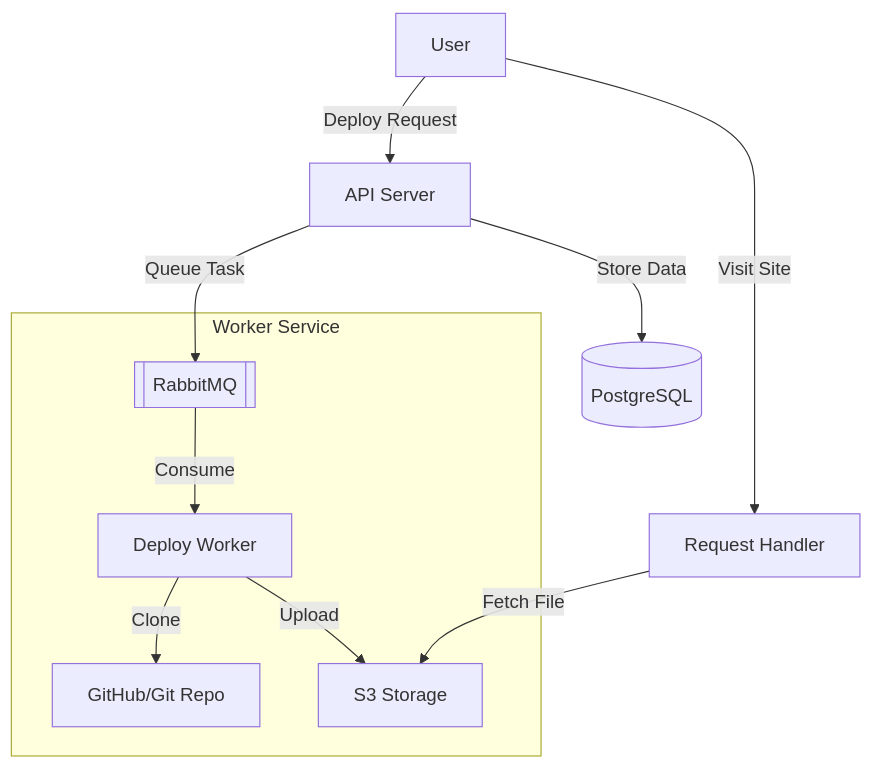
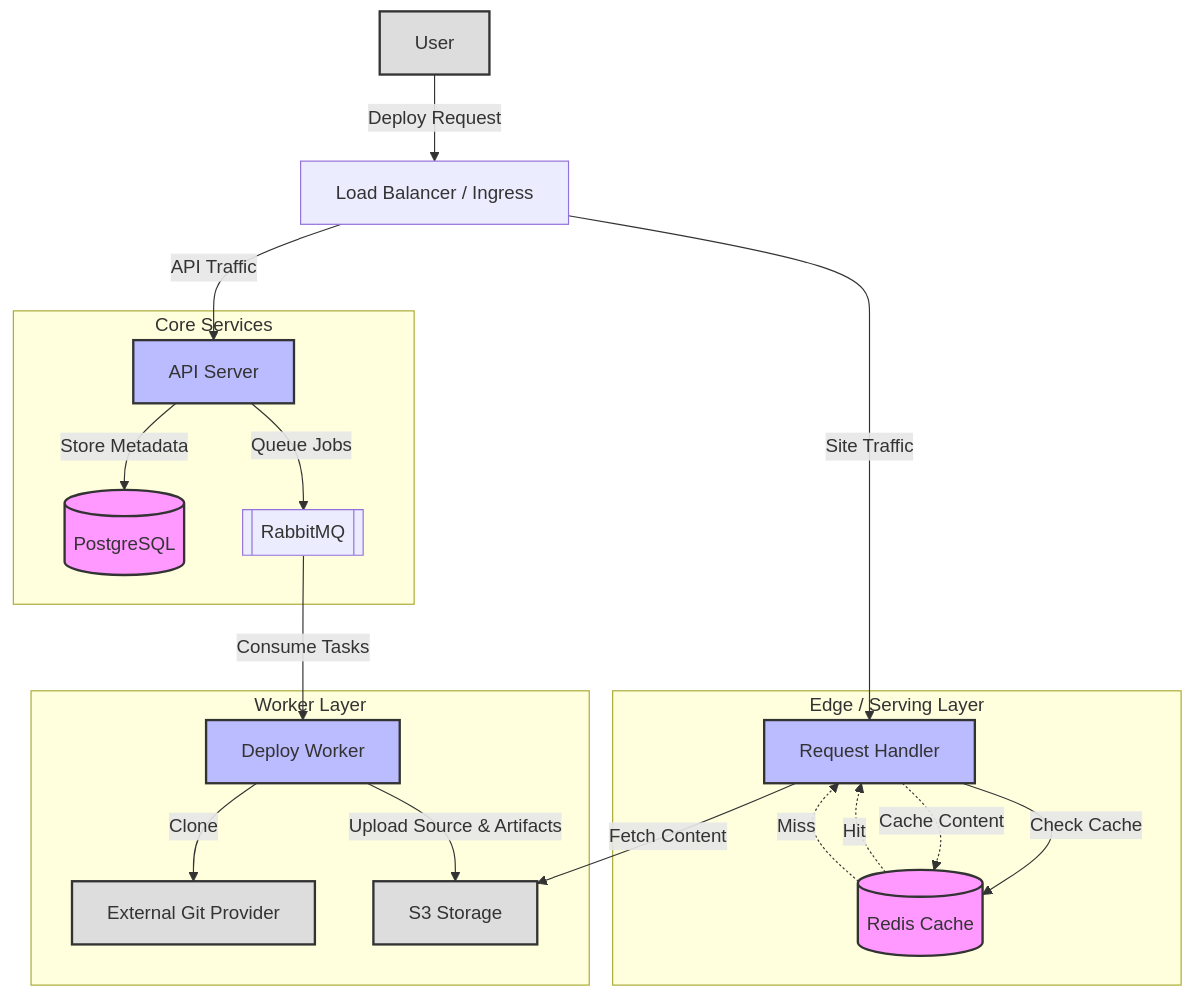
One commit to datmedevil17/gopher-vercel changed the diagram in README.md. Above: the diagram before and after it, drawn with Mermaid. The commit also changed other lines of this file and 6 other files, not shown here.

Commit message:
feat: Implement Redis caching for the request handler to improve static file serving performance.

````diff
--- a/README.md
+++ b/README.md
@@ -7,17 +7,34 @@
 ```mermaid
 graph TD
-    User[User] -->|Deploy Request| API[API Server]
-    User -->|Visit Site| Handler[Request Handler]
-    
-    API -->|Store Data| DB[(PostgreSQL)]
-    API -->|Queue Task| RMQ[[RabbitMQ]]
-    
-    subgraph "Worker Service"
+    User[User] -->|Deploy Request| LB[Load Balancer / Ingress]
+    LB -->|API Traffic| API[API Server]
+    LB -->|Site Traffic| Handler[Request Handler]
+
+    subgraph "Core Services"
+        API -->|Store Metadata| DB[(PostgreSQL)]
+        API -->|Queue Jobs| RMQ[[RabbitMQ]]
+    end
+
+    subgraph "Worker Layer"
         Worker[Deploy Worker]
-        RMQ -->|Consume| Worker
-        Worker -->|Clone| Git[GitHub/Git Repo]
-        Worker -->|Upload| S3[S3 Storage]
+        RMQ -->|Consume Tasks| Worker
+        Worker -->|Clone| Git[External Git Provider]
+        Worker -->|Upload Source & Artifacts| S3[S3 Storage]
     end
-    
-    Handler -->|Fetch File| S3
+
+    subgraph "Edge / Serving Layer"
+        Handler -->|Check Cache| Redis[(Redis Cache)]
+        Redis -.->|Hit| Handler
+        Redis -.->|Miss| Handler
+        Handler -->|Fetch Content| S3
+        Handler -.->|Cache Content| Redis
+    end
+
+    classDef db fill:#f9f,stroke:#333,stroke-width:2px;
+    classDef service fill:#bbf,stroke:#333,stroke-width:2px;
+    classDef ext fill:#ddd,stroke:#333,stroke-width:2px;
+
+    class DB,Redis db;
+    class API,Handler,Worker service;
+    class User,Git,S3 ext;
 ```
````
